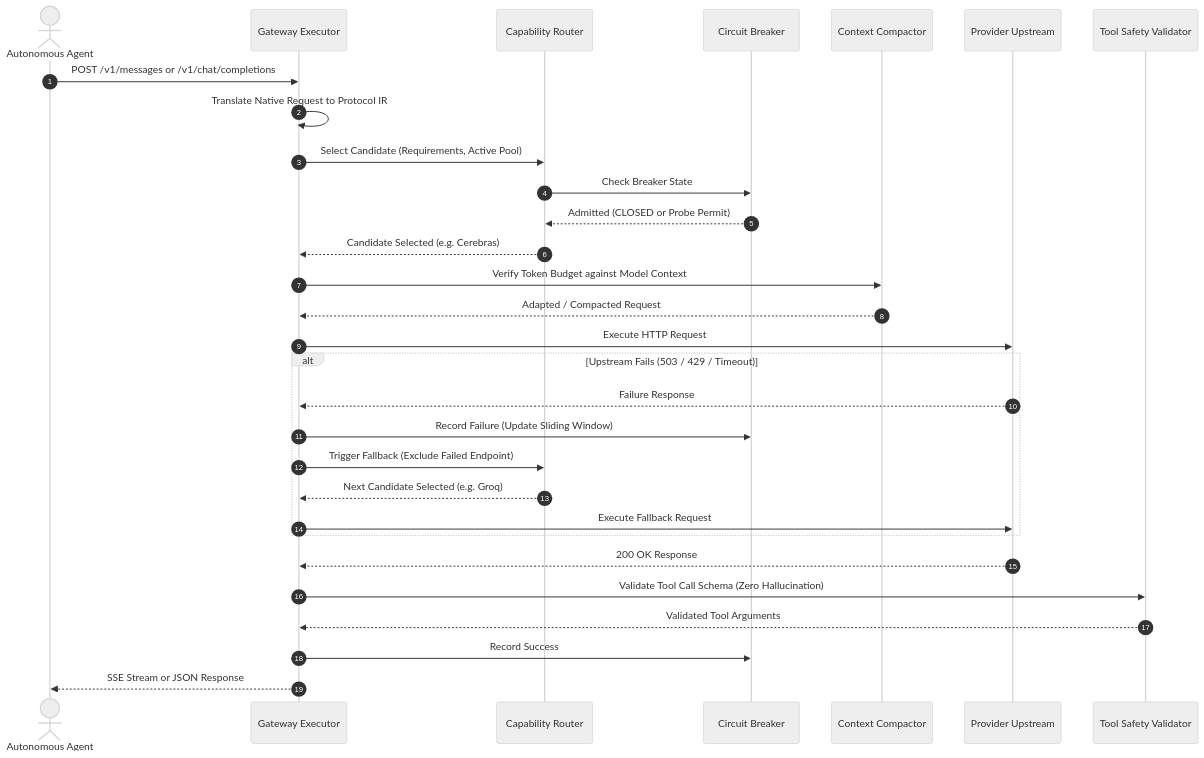
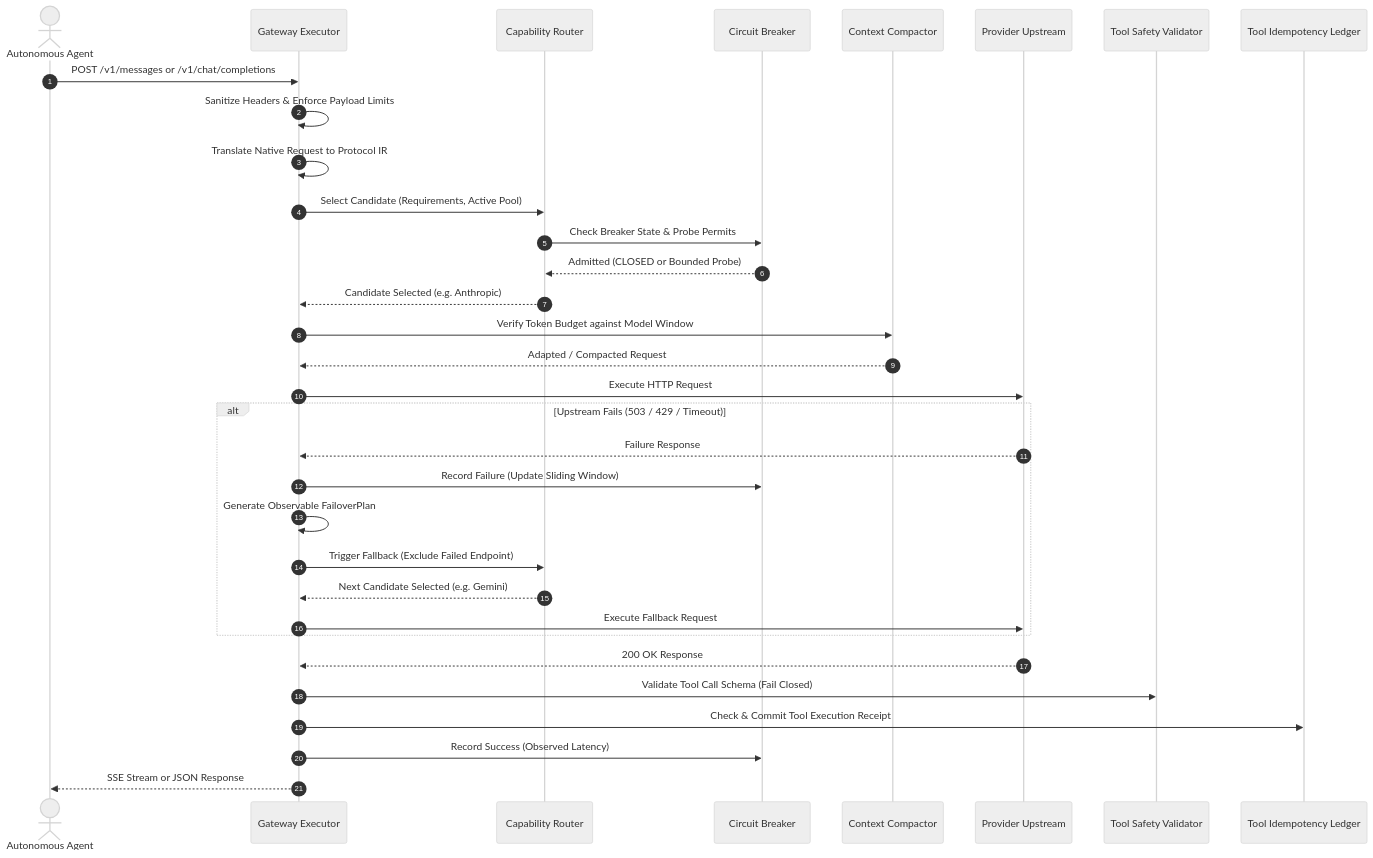
One commit to d2epak/llm-circuit-breaker changed the third of 3 diagrams in ARCHITECTURE.md. Above: the diagram before and after it, drawn with Mermaid (neutral theme). The commit also changed other lines of this file and 49 other files, not shown here.

````diff
--- a/ARCHITECTURE.md
+++ b/ARCHITECTURE.md
@@ -63,33 +73,36 @@
 ```mermaid
 sequenceDiagram
     autonumber
     actor Agent as Autonomous Agent
     participant Gateway as Gateway Executor
     participant Router as Capability Router
     participant Breaker as Circuit Breaker
     participant Context as Context Compactor
     participant Upstream as Provider Upstream
     participant Safety as Tool Safety Validator
+    participant Ledger as Tool Idempotency Ledger
 
     Agent->>Gateway: POST /v1/messages or /v1/chat/completions
+    Gateway->>Gateway: Sanitize Headers & Enforce Payload Limits
     Gateway->>Gateway: Translate Native Request to Protocol IR
     Gateway->>Router: Select Candidate (Requirements, Active Pool)
-    Router->>Breaker: Check Breaker State
-    Breaker-->>Router: Admitted (CLOSED or Probe Permit)
-    Router-->>Gateway: Candidate Selected (e.g. Cerebras)
-    Gateway->>Context: Verify Token Budget against Model Context
+    Router->>Breaker: Check Breaker State & Probe Permits
+    Breaker-->>Router: Admitted (CLOSED or Bounded Probe)
+    Router-->>Gateway: Candidate Selected (e.g. Anthropic)
+    Gateway->>Context: Verify Token Budget against Model Window
     Context-->>Gateway: Adapted / Compacted Request
     Gateway->>Upstream: Execute HTTP Request
     alt Upstream Fails (503 / 429 / Timeout)
         Upstream-->>Gateway: Failure Response
         Gateway->>Breaker: Record Failure (Update Sliding Window)
+        Gateway->>Gateway: Generate Observable FailoverPlan
         Gateway->>Router: Trigger Fallback (Exclude Failed Endpoint)
-        Router-->>Gateway: Next Candidate Selected (e.g. Groq)
+        Router-->>Gateway: Next Candidate Selected (e.g. Gemini)
         Gateway->>Upstream: Execute Fallback Request
     end
     Upstream-->>Gateway: 200 OK Response
-    Gateway->>Safety: Validate Tool Call Schema (Zero Hallucination)
-    Safety-->>Gateway: Validated Tool Arguments
-    Gateway->>Breaker: Record Success
+    Gateway->>Safety: Validate Tool Call Schema (Fail Closed)
+    Gateway->>Ledger: Check & Commit Tool Execution Receipt
+    Gateway->>Breaker: Record Success (Observed Latency)
     Gateway-->>Agent: SSE Stream or JSON Response
 ```
````
